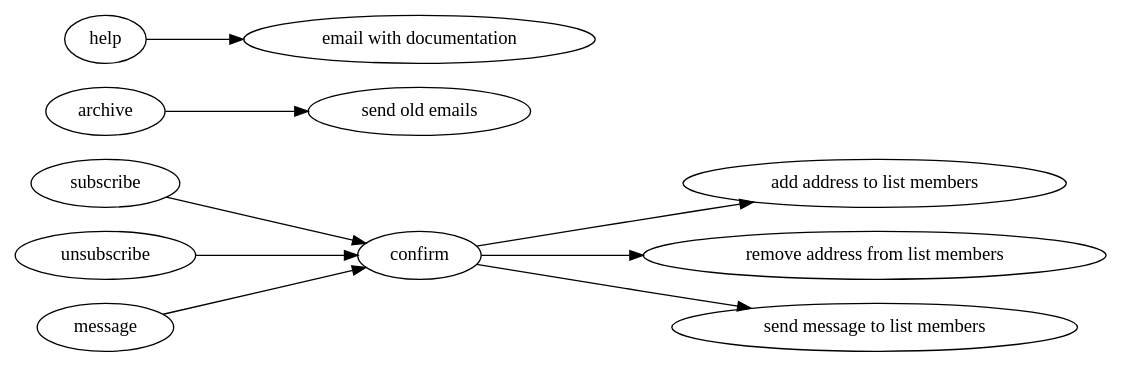
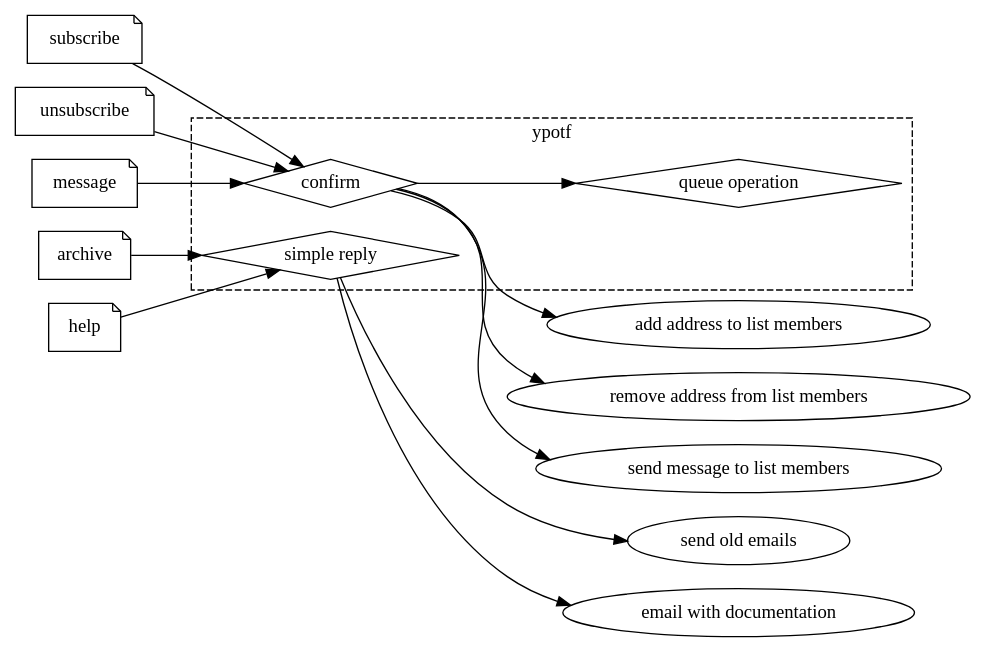
One commit to tlevine/ypotf changed the diagram in docs/flow.dot. Above: the diagram before and after it, drawn with Graphviz.

Commit message:
Automatic commit with j

```diff
--- a/docs/flow.dot
+++ b/docs/flow.dot
@@ -1,8 +1,19 @@
 digraph foo {
-    rankdir="LR"
-    "subscribe" -> "confirm" -> "add address to list members"
-    "unsubscribe" -> "confirm" -> "remove address from list members"
-    "message" -> "confirm" -> "send message to list members"
-    "archive" -> "send old emails"
-    "help" -> "email with documentation"
+    rankdir=LR
+    subscribe [shape=note];
+    unsubscribe [shape=note];
+    message [shape=note];
+    archive [shape=note];
+    help [shape=note];
+    subgraph cluster_0 {
+      style=dashed;
+      label=ypotf;
+      confirm, "simple reply", "queue operation" [shape=diamond];
+      confirm -> "queue operation"
+    }
+    subscribe -> confirm -> "add address to list members";
+    unsubscribe -> confirm -> "remove address from list members";
+    message -> confirm -> "send message to list members";
+    archive -> "simple reply" -> "send old emails";
+    help -> "simple reply" -> "email with documentation";
 }
```
